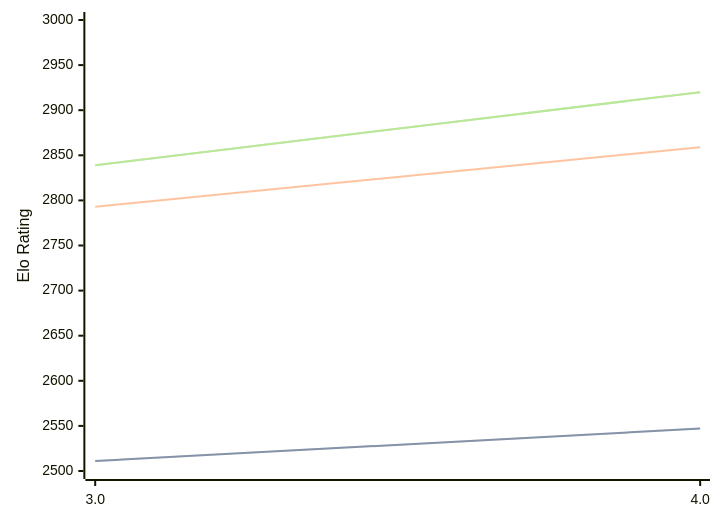
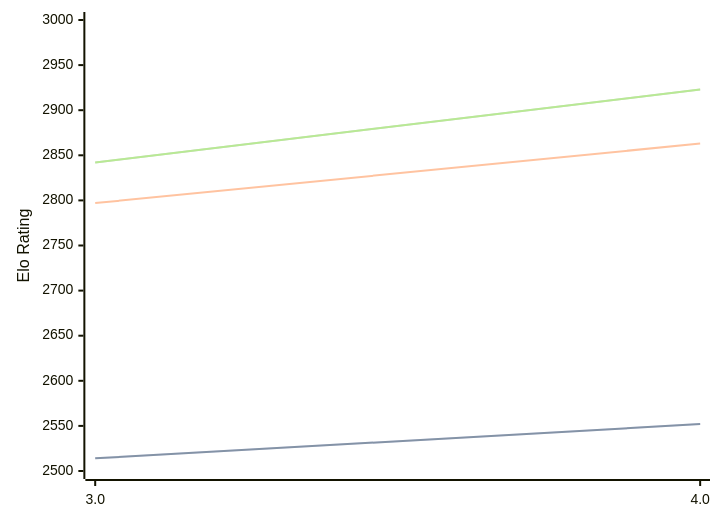
The diagram in engines/Chess3.md (computer-chess-index/cci), drawn with Mermaid before and after one commit. The commit also changed other lines of this file, not shown here.

Commit message:
Update CCI Ratings (ELO VLTC) - 2026-04-30

````diff
--- a/engines/Chess3.md
+++ b/engines/Chess3.md
@@ -34,11 +34,11 @@
 ```mermaid
 %%{init: {"theme":"base","themeVariables":{"seriesColors:['#a3a3a3','#222221','#faa371']}}}%%
 xychart-beta
   x-axis ["3.0", "4.0"]
   y-axis "Elo Rating" 2500 --> 3000
-  line "STC (8.0+0.08s)" [2511, 2547]
-  line "STC (8.0+0.08s)" [2511, 2547]
-  line "LTC (60.0+0.60s)" [2793, 2859]
-  line "VLTC (2m24s+1.12s)" [2839, 2920]
-  line "VLTC (2m24s+1.12s)" [2839, 2920]
+  line "STC (8.0+0.08s)" [2514, 2552]
+  line "STC (8.0+0.08s)" [2514, 2552]
+  line "LTC (60.0+0.60s)" [2797, 2863]
+  line "VLTC (2m24s+1.12s)" [2842, 2923]
+  line "VLTC (2m24s+1.12s)" [2842, 2923]
 ```
````
